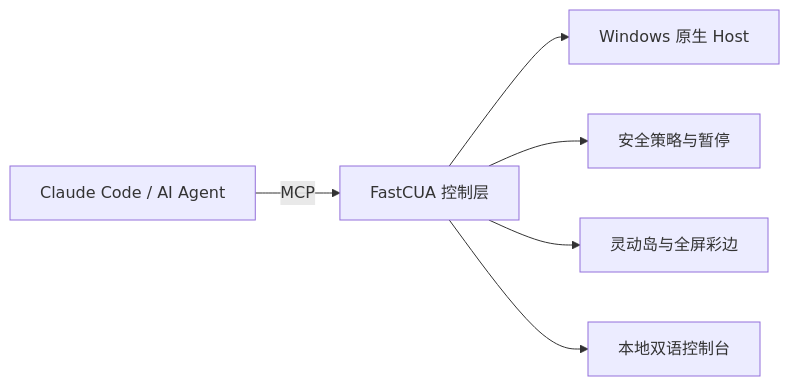
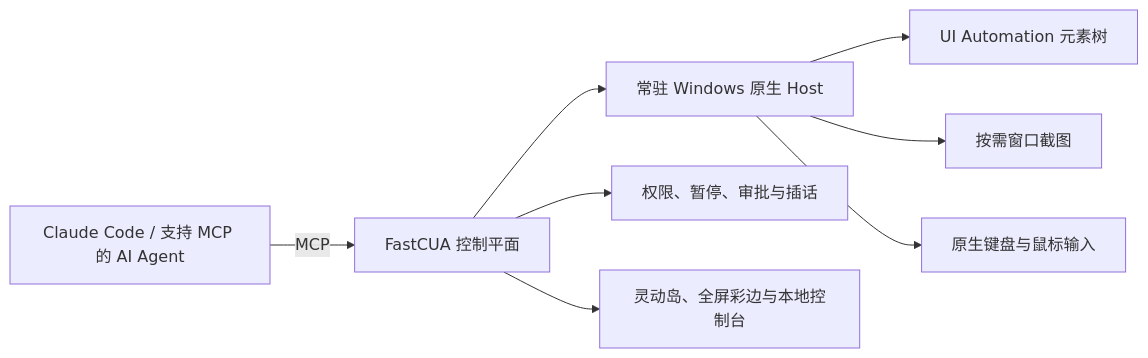
One commit to Guojiz/FastCUA changed the diagram in README_zh.md. Above: the diagram before and after it, drawn with Mermaid. The commit also changed other lines of this file, not shown here.

Commit message:
重写中文 README，突出 FastCUA 执行优势

````diff
--- a/README_zh.md
+++ b/README_zh.md
@@ -56,8 +107,10 @@
 ```mermaid
 flowchart LR
-  A["Claude Code / AI Agent"] -->|"MCP"| B["FastCUA 控制层"]
-  B --> C["Windows 原生 Host"]
-  B --> D["安全策略与暂停"]
-  B --> E["灵动岛与全屏彩边"]
-  B --> F["本地双语控制台"]
+  A["Claude Code / 支持 MCP 的 AI Agent"] -->|"MCP"| B["FastCUA 控制平面"]
+  B --> C["常驻 Windows 原生 Host"]
+  C --> D["UI Automation 元素树"]
+  C --> E["按需窗口截图"]
+  C --> F["原生键盘与鼠标输入"]
+  B --> G["权限、暂停、审批与插话"]
+  B --> H["灵动岛、全屏彩边与本地控制台"]
 ```
````
